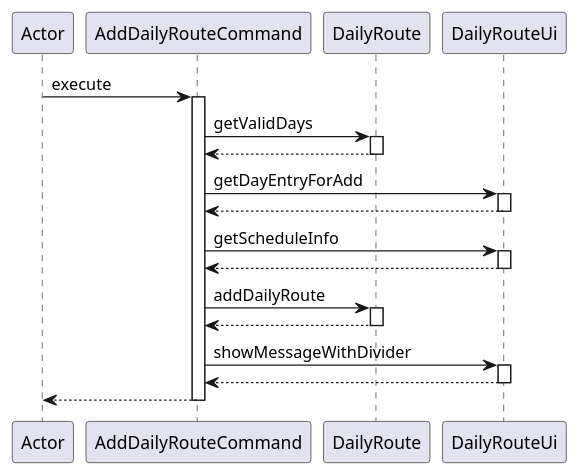
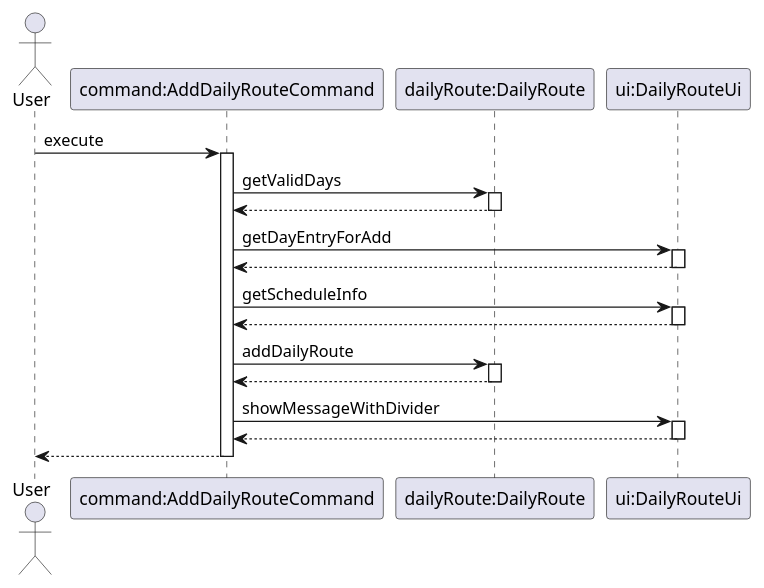
Before and after one commit to nus-cs2113-AY2021S2/tp: the diagram in docs/addday.puml, drawn with PlantUML. The commit also changed 7 other files, not shown here.

Commit message:
edited uml diagrams to conform to standard

```diff
--- a/docs/addday.puml
+++ b/docs/addday.puml
@@ -1,30 +1,31 @@
 @startuml
-participant Actor
-Actor -> AddDailyRouteCommand : execute
-activate AddDailyRouteCommand
-AddDailyRouteCommand -> DailyRoute : getValidDays
-activate DailyRoute
+actor User
+User -> "command:AddDailyRouteCommand" : execute
+activate "command:AddDailyRouteCommand"
+"command:AddDailyRouteCommand" -> "dailyRoute:DailyRoute" : getValidDays
+activate "dailyRoute:DailyRoute"
 return
-deactivate DailyRoute
-AddDailyRouteCommand -> DailyRouteUi : getDayEntryForAdd
-activate DailyRouteUi
+deactivate "dailyRoute:DailyRoute"
+"command:AddDailyRouteCommand" -> "ui:DailyRouteUi" : getDayEntryForAdd
+activate "ui:DailyRouteUi"
 return
-deactivate DailyRouteUi
+deactivate "ui:DailyRouteUi"
 
-AddDailyRouteCommand -> DailyRouteUi : getScheduleInfo
-activate DailyRouteUi
+"command:AddDailyRouteCommand" -> "ui:DailyRouteUi" : getScheduleInfo
+activate "ui:DailyRouteUi"
 return
-deactivate DailyRouteUi
+deactivate "ui:DailyRouteUi"
 
-AddDailyRouteCommand -> DailyRoute : addDailyRoute
-activate DailyRoute
-DailyRoute --> AddDailyRouteCommand
-deactivate DailyRoute
+"command:AddDailyRouteCommand" -> "dailyRoute:DailyRoute" : addDailyRoute
+activate "dailyRoute:DailyRoute"
+"dailyRoute:DailyRoute" --> "command:AddDailyRouteCommand"
+deactivate "dailyRoute:DailyRoute"
 
-AddDailyRouteCommand -> DailyRouteUi: showMessageWithDivider
-activate DailyRouteUi
+"command:AddDailyRouteCommand" -> "ui:DailyRouteUi": showMessageWithDivider
+activate "ui:DailyRouteUi"
 return
-deactivate DailyRouteUi
-AddDailyRouteCommand --> Actor
-deactivate AddDailyRouteCommand
+deactivate "ui:DailyRouteUi"
+"command:AddDailyRouteCommand" --> User
+deactivate "command:AddDailyRouteCommand"
+
 @enduml
```
